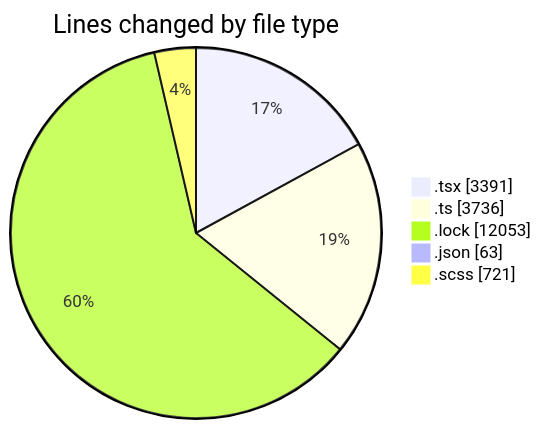
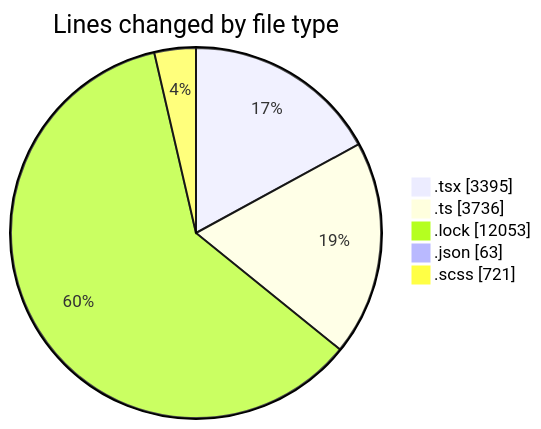
One commit to momahboobian/code-tracking changed the first of 2 diagrams in 2025-12-03/cda/README.md. Above: the diagram before and after it, drawn with Mermaid. The commit also changed other lines of this file and 1 other file, not shown here.

````diff
--- a/2025-12-03/cda/README.md
+++ b/2025-12-03/cda/README.md
@@ -32,9 +32,9 @@
 ```mermaid
 pie showData
 title Lines changed by file type
-".tsx" : 3391
+".tsx" : 3395
 ".ts" : 3736
 ".lock" : 12053
 ".json" : 63
 ".scss" : 721
 ```
````
